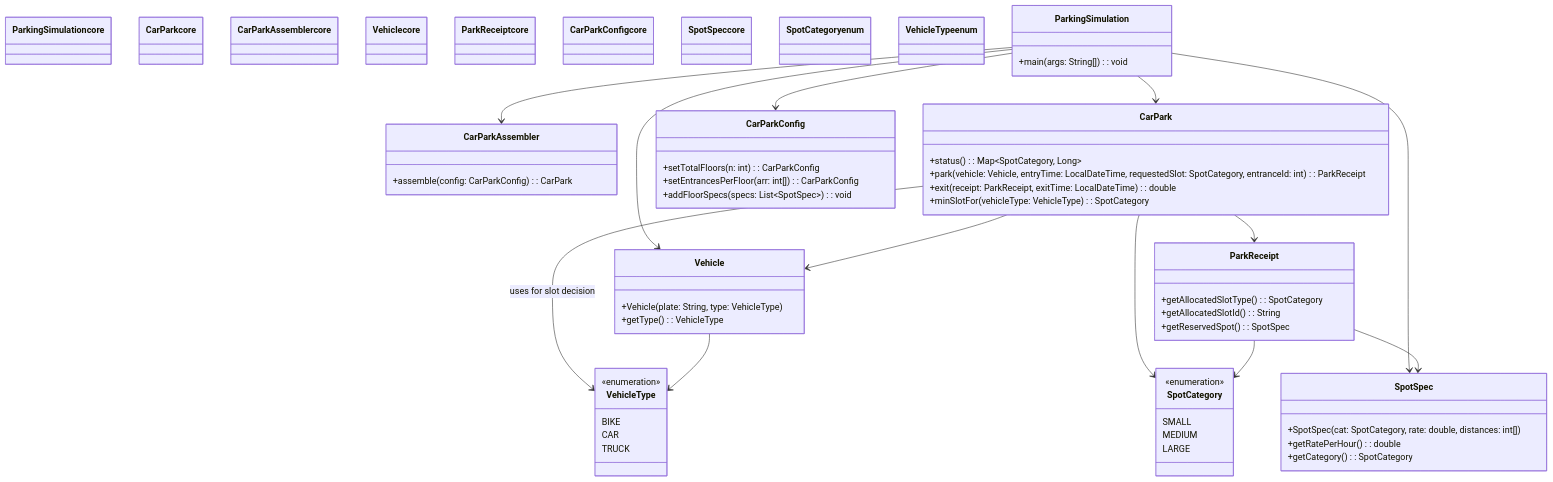
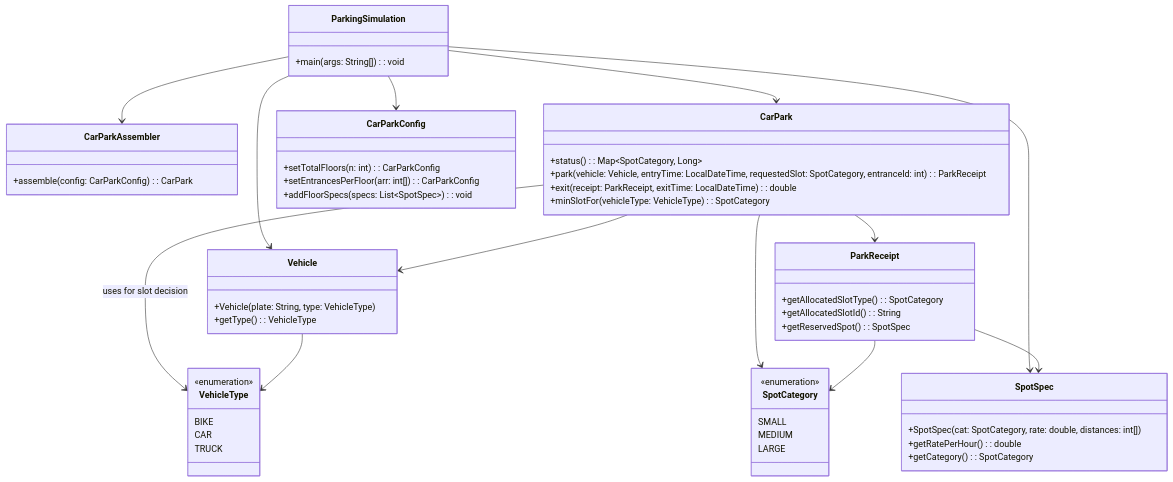
The diagram in src/main/java/org/example/Assignment4/parking_system/README.md (nothingtoworry786/Class_Assignment_SST), drawn with Mermaid before and after one commit. The commit also changed 2 other files, not shown here.

Commit message:
fix the issue of readme.md file

```diff
--- a/src/main/java/org/example/Assignment4/parking_system/README.md
+++ b/src/main/java/org/example/Assignment4/parking_system/README.md
@@ -6,16 +6,6 @@
 classDef core fill:#F3E5F5,stroke:#6A1B9A,color:#4A148C
 classDef enum fill:#E8F5E9,stroke:#2E7D32,color:#1B5E20
 
-class ParkingSimulation core
-class CarPark core
-class CarParkAssembler core
-class Vehicle core
-class ParkReceipt core
-class CarParkConfig core
-class SpotSpec core
-
-class SpotCategory enum
-class VehicleType enum
 
 class ParkingSimulation {
   +main(args: String[]): void
```
